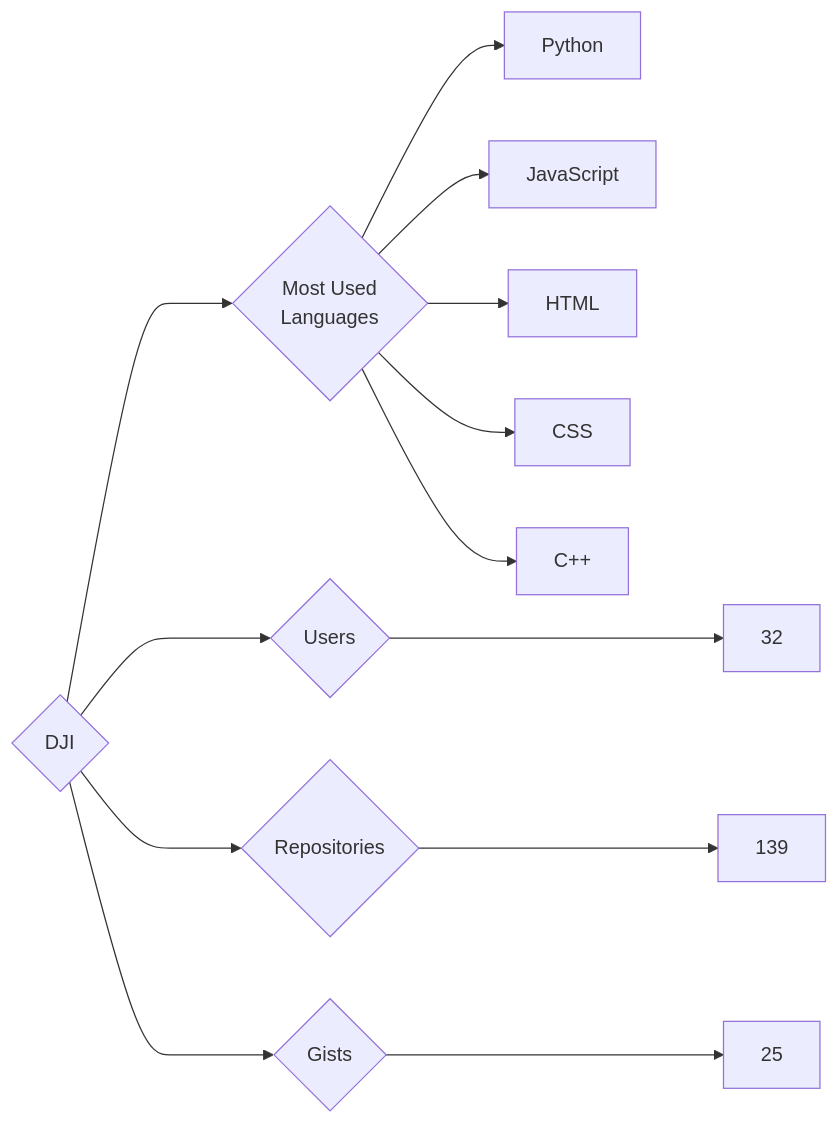
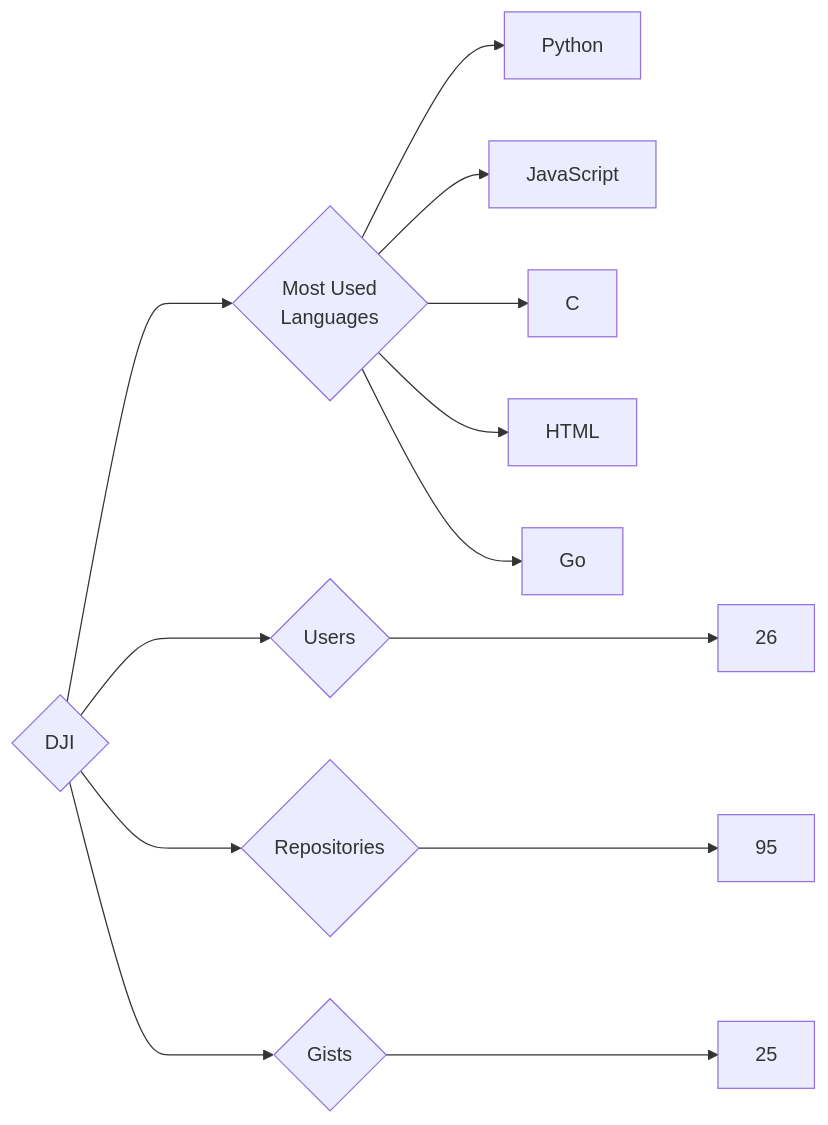
Before and after one commit to trickest/insiders: the diagram in targets/DJI/README.md, drawn with Mermaid. The commit also changed 891 other files, not shown here.

````diff
--- a/targets/DJI/README.md
+++ b/targets/DJI/README.md
@@ -3,13 +3,13 @@
 ```mermaid
 graph LR
 COMPANY_NAME{DJI}
-COMPANY_NAME ---> U{Users} ---> UN[32]
-COMPANY_NAME ---> R{Repositories} ---> RN[139]
+COMPANY_NAME ---> U{Users} ---> UN[26]
+COMPANY_NAME ---> R{Repositories} ---> RN[95]
 COMPANY_NAME ---> G{Gists} ---> GN[25]
 COMPANY_NAME ---> ML{Most Used<br>Languages}
 ML --> Python[Python]
 ML --> JavaScript[JavaScript]
+ML --> C[C]
 ML --> HTML[HTML]
-ML --> CSS[CSS]
-ML --> C++[C++]
+ML --> Go[Go]
 ```
````
